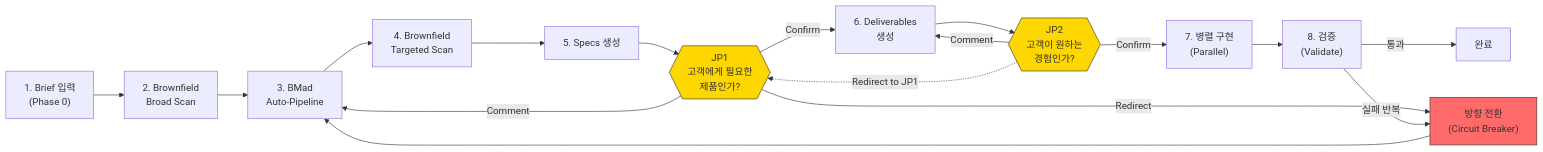
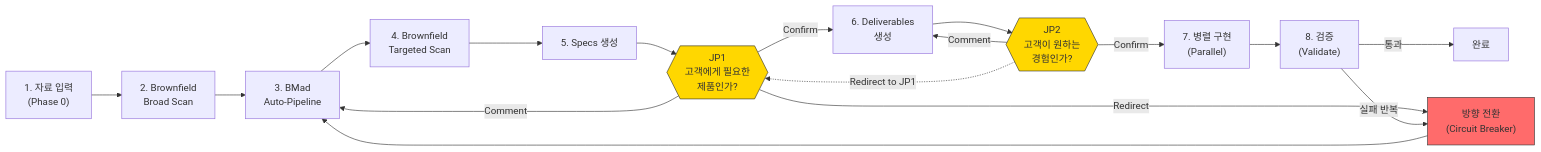
Before and after one commit to kangminlee-maker/jdd-sprint-kit: the diagram in docs/blueprint.md, drawn with Mermaid. The commit also changed other lines of this file and 3 other files, not shown here.

First line of the commit message:
feat: Phase 0 UX 재설계 — brief 필수 제거 + 전체 스캔 + brownfield 재사용

````diff
--- a/docs/blueprint.md
+++ b/docs/blueprint.md
@@ -14,23 +14,23 @@
 ```mermaid
 flowchart LR
-    A["1. Brief 입력\n(Phase 0)"] --> B["2. Brownfield\nBroad Scan"]
+    A["1. 자료 입력\n(Phase 0)"] --> B["2. Brownfield\nBroad Scan"]
     B --> C["3. BMad\nAuto-Pipeline"]
     C --> D["4. Brownfield\nTargeted Scan"]
     D --> E["5. Specs 생성"]
     E --> JP1{{"JP1\n고객에게 필요한\n제품인가?"}}
     JP1 -->|Confirm| F["6. Deliverables\n생성"]
     JP1 -->|Comment| C
     JP1 -->|Redirect| CB
     F --> JP2{{"JP2\n고객이 원하는\n경험인가?"}}
     JP2 -->|Confirm| G["7. 병렬 구현\n(Parallel)"]
     JP2 -->|Comment| F
     JP2 -.->|Redirect to JP1| JP1
     G --> H["8. 검증\n(Validate)"]
     H -->|통과| I["완료"]
     H -->|실패 반복| CB["방향 전환\n(Circuit Breaker)"]
     CB --> C
 
     style JP1 fill:#FFD700,stroke:#333
     style JP2 fill:#FFD700,stroke:#333
     style CB fill:#FF6B6B,stroke:#333
 ```
````
